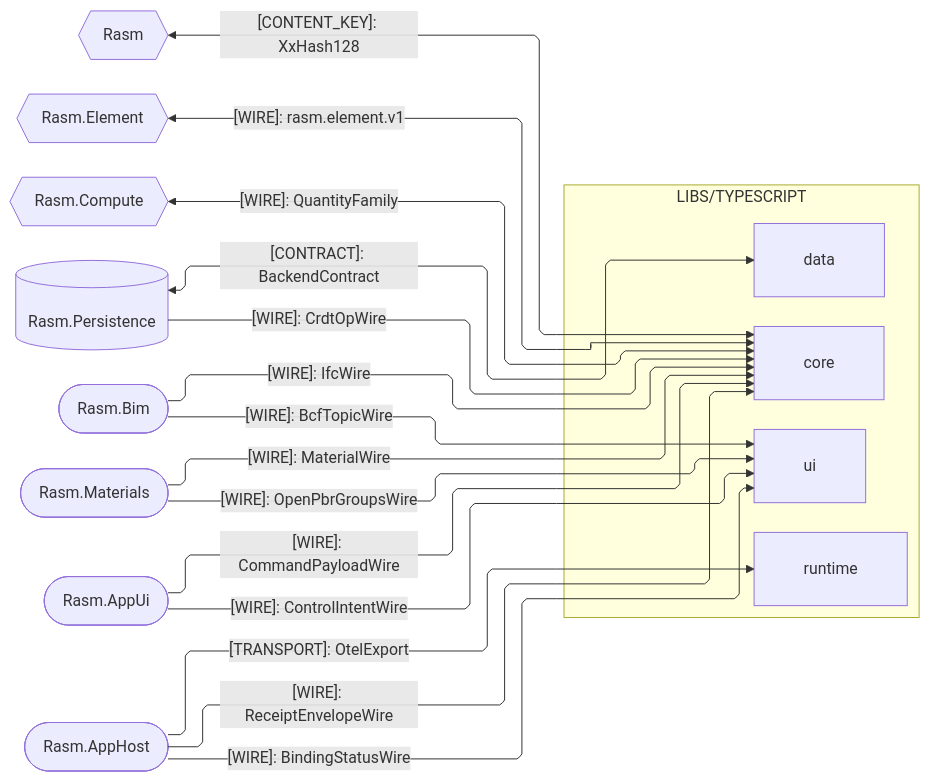
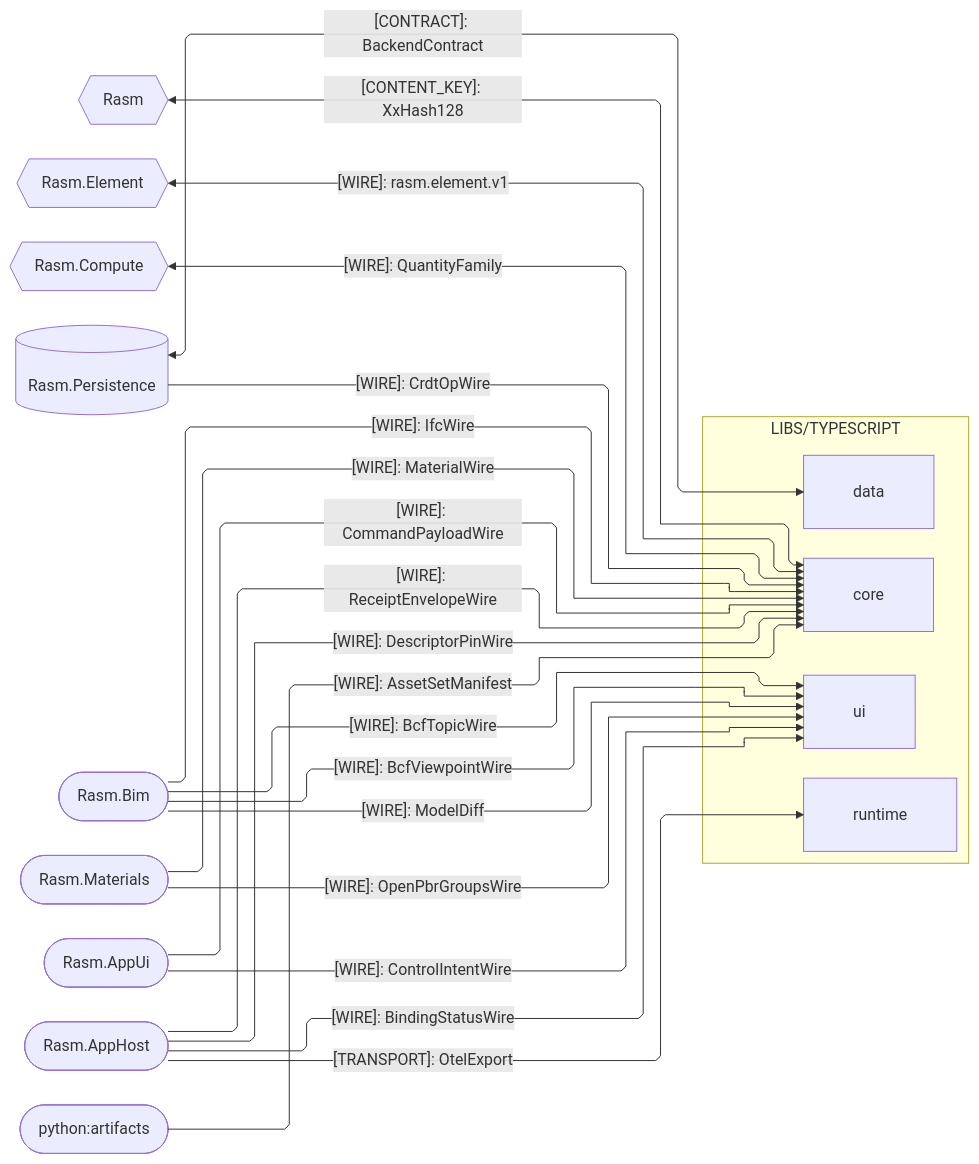
Before and after one commit to bsamiee/Rasm: the second of 4 diagrams in libs/typescript/.planning/ARCHITECTURE.md, drawn with Mermaid. The commit also changed other lines of this file and 400 other files, not shown here.

````diff
--- a/libs/typescript/.planning/ARCHITECTURE.md
+++ b/libs/typescript/.planning/ARCHITECTURE.md
@@ -75,40 +75,45 @@
 ```mermaid
 ---
 config:
   layout: elk
   flowchart:
     curve: linear
     padding: 25
 ---
 flowchart LR
-    accTitle: TypeScript branch C# seam registry
-    accDescr: Core, data, runtime, and ui exchanging kinded wires and the bidirectional backend contract with the C# packages; node shapes carry seam direction.
+    accTitle: TypeScript external seam registry
+    accDescr: TypeScript exchanges kinded wires and the backend contract with C# packages and the neutral Python artifact producer.
     subgraph ts[LIBS/TYPESCRIPT]
         Core[core]
         Data[data]
         Runtime[runtime]
         Ui[ui]
     end
     Rasm{{Rasm}}
     Element{{Rasm.Element}}
     Compute{{Rasm.Compute}}
     Persistence[(Rasm.Persistence)]
     Bim([Rasm.Bim])
     Materials([Rasm.Materials])
     AppUi([Rasm.AppUi])
     AppHost([Rasm.AppHost])
+    Artifacts([python:artifacts])
     Rasm e1@<-->|"[CONTENT_KEY]: XxHash128"| Core
     Element e2@<-->|"[WIRE]: rasm.element.v1"| Core
     Compute e3@<-->|"[WIRE]: QuantityFamily"| Core
     Persistence e4@-->|"[WIRE]: CrdtOpWire"| Core
     Persistence e14@<-->|"[CONTRACT]: BackendContract"| Data
     Bim e6@-->|"[WIRE]: IfcWire"| Core
     Materials e7@-->|"[WIRE]: MaterialWire"| Core
     AppUi e8@-->|"[WIRE]: CommandPayloadWire"| Core
     AppHost e5@-->|"[WIRE]: ReceiptEnvelopeWire"| Core
     Bim e12@-->|"[WIRE]: BcfTopicWire"| Ui
+    Bim e18@-->|"[WIRE]: BcfViewpointWire"| Ui
+    Bim e15@-->|"[WIRE]: ModelDiff"| Ui
     Materials e13@-->|"[WIRE]: OpenPbrGroupsWire"| Ui
     AppUi e11@-->|"[WIRE]: ControlIntentWire"| Ui
     AppHost e10@-->|"[WIRE]: BindingStatusWire"| Ui
     AppHost e9@-->|"[TRANSPORT]: OtelExport"| Runtime
+    AppHost e16@-->|"[WIRE]: DescriptorPinWire"| Core
+    Artifacts e17@-->|"[WIRE]: AssetSetManifest"| Core
 ```
````
